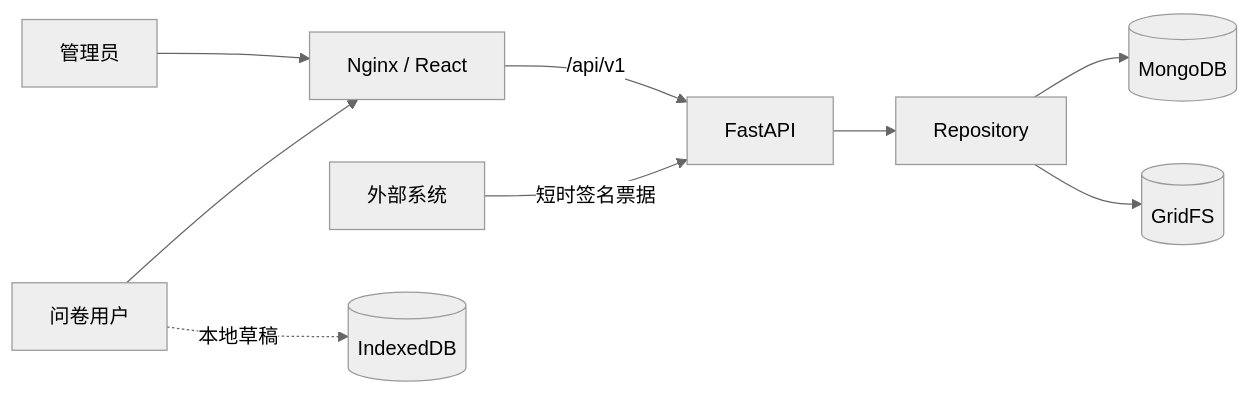
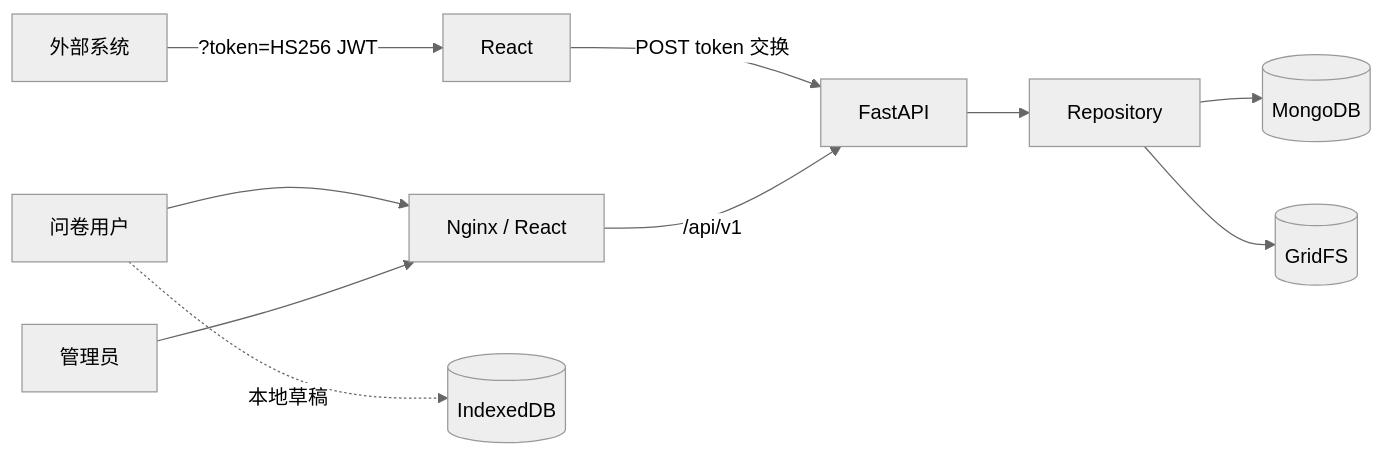
One commit to hankerbiao/Questionnaire-collection-system changed the diagram in README.md. Above: the diagram before and after it, drawn with Mermaid (neutral theme). The commit also changed other lines of this file and 12 other files, not shown here.

````diff
--- a/README.md
+++ b/README.md
@@ -44,11 +44,12 @@
 ```mermaid
 flowchart LR
-    E["外部系统"] -->|"短时签名票据"| F["FastAPI"]
+    E["外部系统"] -->|"?token=HS256 JWT"| V["React"]
+    V -->|"POST token 交换"| F["FastAPI"]
     U["问卷用户"] --> N["Nginx / React"]
     A["管理员"] --> N
     N -->|"/api/v1"| F["FastAPI"]
     F --> R["Repository"]
     R --> M[("MongoDB")]
     R --> G[("GridFS")]
     U -. "本地草稿" .-> I[("IndexedDB")]
 ```
````
